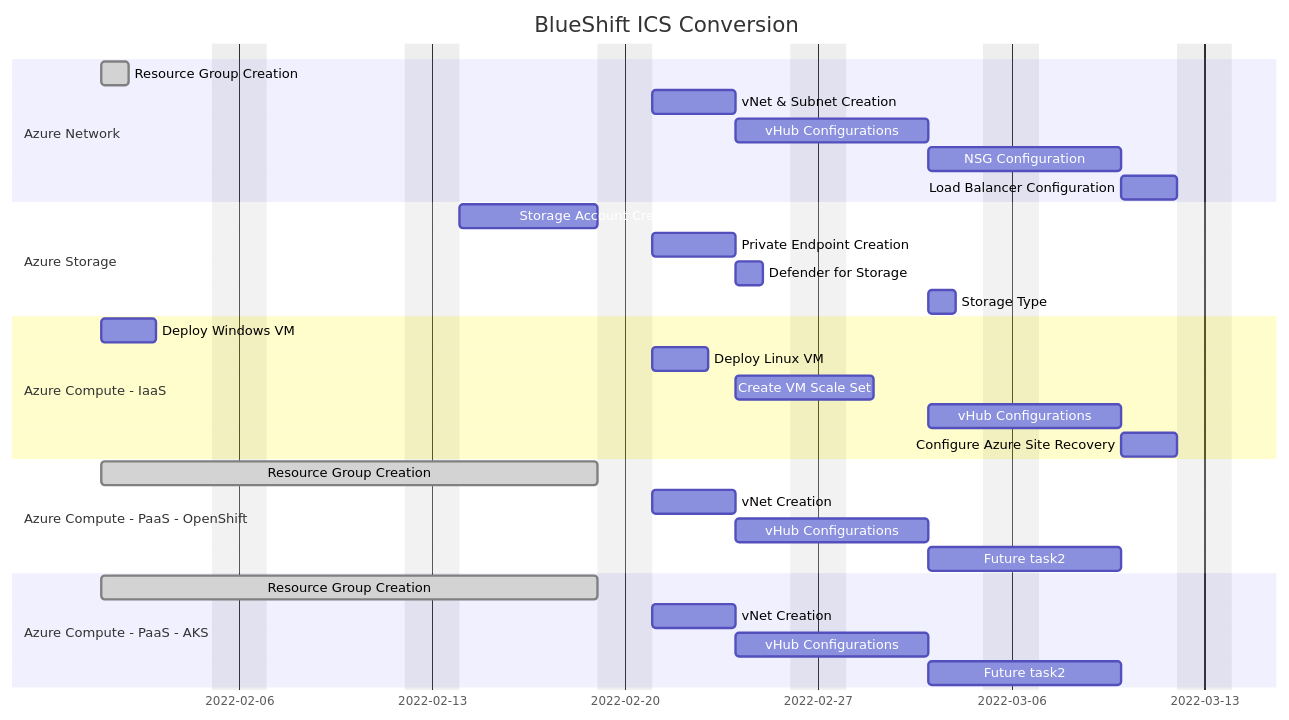
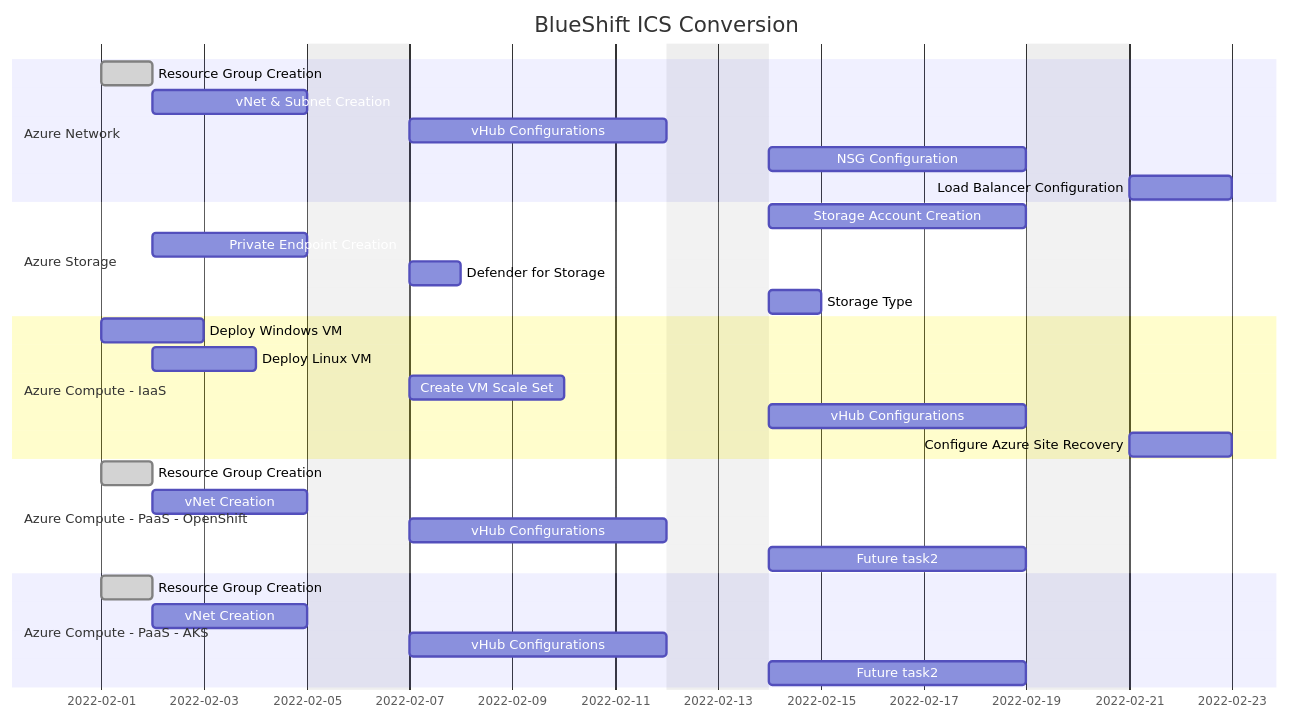
The first of 2 diagrams in README.md (slagathor34/awx-lab), drawn with Mermaid before and after one commit.

Commit message:
more updates

````diff
--- a/README.md
+++ b/README.md
@@ -5,38 +5,38 @@
 ```mermaid
 gantt
     dateFormat  YYYY-MM-DD
     title       BlueShift ICS Conversion
     excludes    weekends
 
     section Azure Network
     Resource Group Creation           :done, des1, 2022-02-01, 1d
     vNet & Subnet Creation            :des2, after des1, 3d
     vHub Configurations               :des3, after des2, 5d
     NSG Configuration                 :des4, after des3, 5d
     Load Balancer Configuration       :des5, after des4, 2d
 
     section Azure Storage
     Storage Account Creation          :des1, 2022-02-14, 5d
     Private Endpoint Creation         :des2, after des1, 3d
     Defender for Storage              :des3, after des2, 1d
     Storage Type                      :des4, after des3, 1d
 
     section Azure Compute - IaaS
     Deploy Windows VM                 :des1, 2022-02-01, 2d
     Deploy Linux VM                   :dest2, after des1, 2d
     Create VM Scale Set               :des3, after des2, 3d
     vHub Configurations               :des4, after des3, 5d
     Configure Azure Site Recovery     :des5, after des4, 2d
 
     section Azure Compute - PaaS - OpenShift
-    Resource Group Creation           :done, des1, 2022-02-01, 14d
+    Resource Group Creation           :done, des1, 2022-02-01, 1d
     vNet Creation                     :des2, after des1, 3d
     vHub Configurations               :des3, after des2, 5d
     Future task2                      :des4, after des3, 5d
 
     section Azure Compute - PaaS - AKS
-    Resource Group Creation           :done, des1, 2022-02-01, 14d
+    Resource Group Creation           :done, des1, 2022-02-01, 1d
     vNet Creation                     :des2, after des1, 3d
     vHub Configurations               :des3, after des2, 5d
     Future task2                      :des4, after des3, 5d
 ```
````
